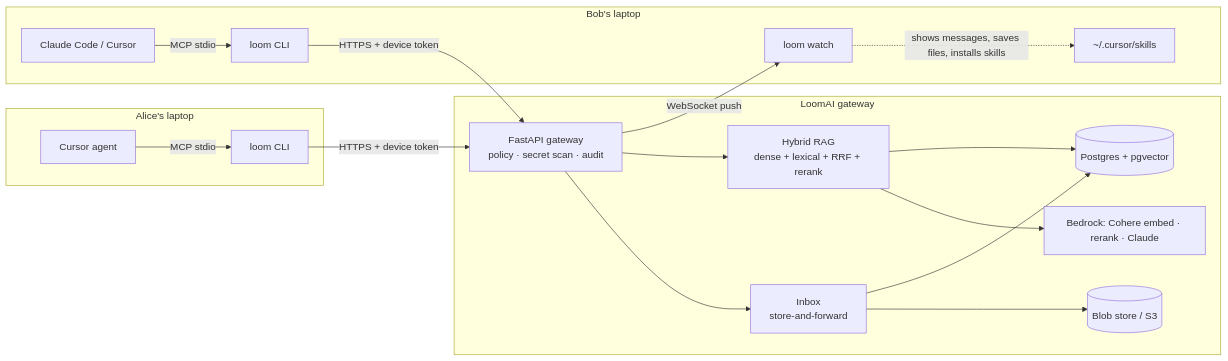
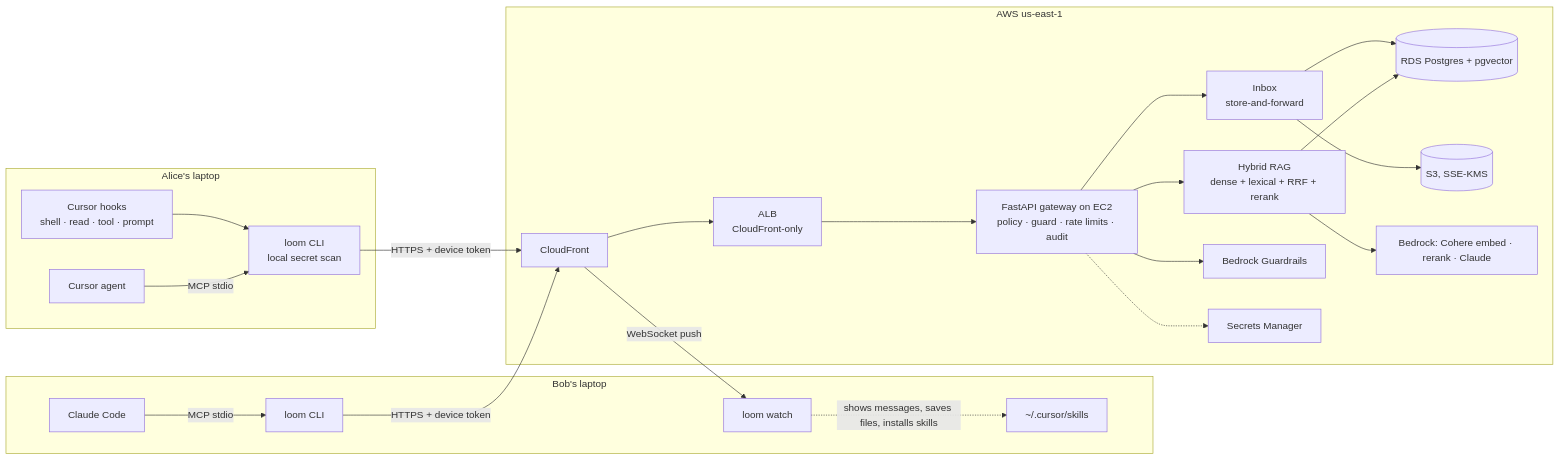
Before and after one commit to AskArtwentythree/daddy-ai: the diagram in README.md, drawn with Mermaid. The commit also changed other lines of this file and 5 other files, not shown here.

Commit message:
README for judges: the problem, track fit, AWS services, try-it steps, known limits and screenshots; MIT license

````diff
--- a/README.md
+++ b/README.md
@@ -155,21 +260,26 @@
 ```mermaid
 flowchart LR
     subgraph Alice's laptop
-        AC[Cursor agent] -- MCP stdio --> AD[loom CLI]
+        AC[Cursor agent] -- MCP stdio --> AD[loom CLI<br/>local secret scan]
+        AH[Cursor hooks<br/>shell · read · tool · prompt] --> AD
     end
     subgraph Bob's laptop
-        BC[Claude Code / Cursor] -- MCP stdio --> BD[loom CLI]
+        BC[Claude Code] -- MCP stdio --> BD[loom CLI]
         BW[loom watch] -. shows messages, saves files, installs skills .-> BS[~/.cursor/skills]
     end
-    AD -- HTTPS + device token --> G
-    BD -- HTTPS + device token --> G
-    G -- WebSocket push --> BW
-    subgraph LoomAI gateway
-        G[FastAPI gateway<br/>policy · secret scan · audit] --> R[Hybrid RAG<br/>dense + lexical + RRF + rerank]
+    AD -- HTTPS + device token --> CF
+    BD -- HTTPS + device token --> CF
+    CF -- WebSocket push --> BW
+    subgraph AWS us-east-1
+        CF[CloudFront] --> ALB[ALB<br/>CloudFront-only]
+        ALB --> G[FastAPI gateway on EC2<br/>policy · guard · rate limits · audit]
+        G --> R[Hybrid RAG<br/>dense + lexical + RRF + rerank]
         G --> I[Inbox<br/>store-and-forward]
-        R --> PG[(Postgres + pgvector)]
+        G --> GR[Bedrock Guardrails]
+        R --> PG[(RDS Postgres + pgvector)]
         I --> PG
-        I --> S3[(Blob store / S3)]
+        I --> S3[(S3, SSE-KMS)]
         R --> B[Bedrock: Cohere embed · rerank · Claude]
+        G -.-> SM[Secrets Manager]
     end
 ```
````
